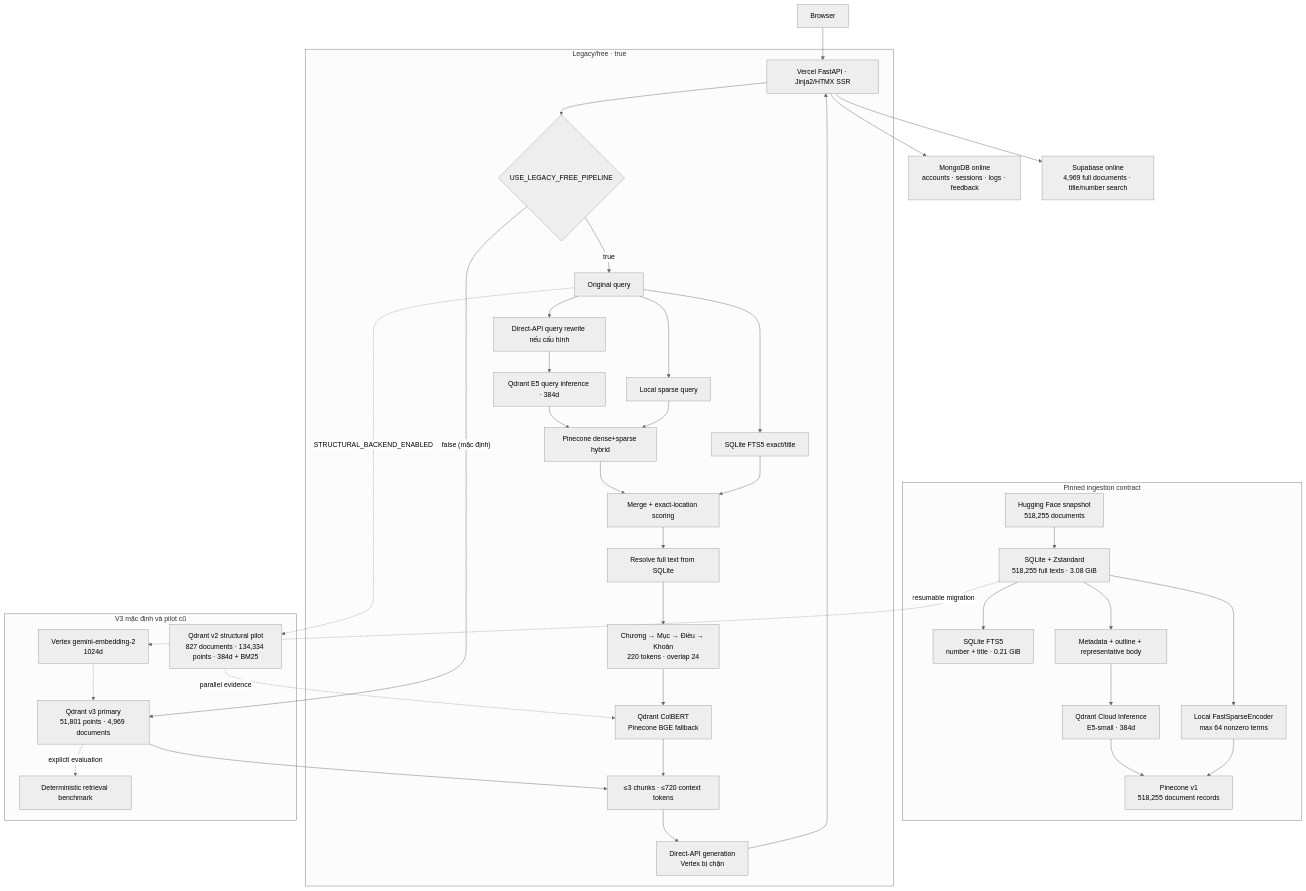
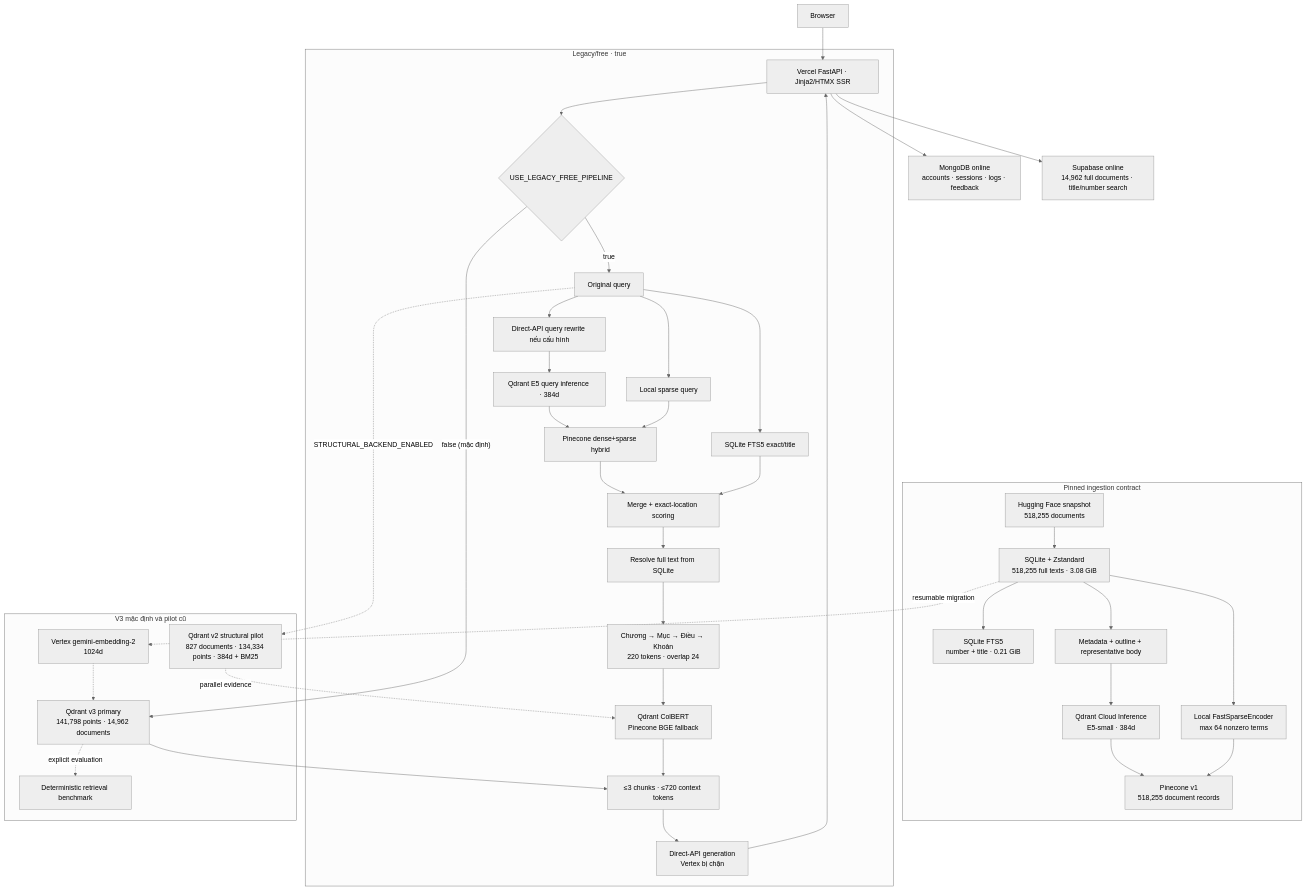
The diagram in README.md (TanNguyen234/VietLex-Tech-Spec), drawn with Mermaid (neutral theme) before and after one commit. The commit also changed other lines of this file and 40 other files, not shown here.

````diff
--- a/README.md
+++ b/README.md
@@ -61,45 +61,45 @@
 ```mermaid
 flowchart TB
     User["Browser"] --> Web["Vercel FastAPI · Jinja2/HTMX SSR"]
     Web --> Mongo["MongoDB online<br/>accounts · sessions · logs · feedback"]
-    Web --> Supabase["Supabase online<br/>4,969 full documents · title/number search"]
+    Web --> Supabase["Supabase online<br/>14,962 full documents · title/number search"]
 
     subgraph Ingest["Pinned ingestion contract"]
         Corpus["Hugging Face snapshot<br/>518,255 documents"] --> Store["SQLite + Zstandard<br/>518,255 full texts · 3.08 GiB"]
         Store --> FTSBuild["SQLite FTS5<br/>number + title · 0.21 GiB"]
         Store --> DocRepresentation["Metadata + outline + representative body"]
         DocRepresentation --> E5Ingest["Qdrant Cloud Inference<br/>E5-small · 384d"]
         Store --> SparseIngest["Local FastSparseEncoder<br/>max 64 nonzero terms"]
         E5Ingest --> PCV1["Pinecone v1<br/>518,255 document records"]
         SparseIngest --> PCV1
     end
 
     Web --> Selector{"USE_LEGACY_FREE_PIPELINE"}
     subgraph Runtime["Legacy/free · true"]
         Selector -- "true" --> Query["Original query"]
         Query --> Rewrite["Direct-API query rewrite nếu cấu hình"]
         Rewrite --> DenseQ["Qdrant E5 query inference · 384d"]
         Query --> SparseQ["Local sparse query"]
         Query --> FTS["SQLite FTS5 exact/title"]
         DenseQ --> Hybrid["Pinecone dense+sparse hybrid"]
         SparseQ --> Hybrid
         Hybrid --> Merge["Merge + exact-location scoring"]
         FTS --> Merge
         Merge --> Resolve["Resolve full text from SQLite"]
         Resolve --> Chunk["Chương → Mục → Điều → Khoản<br/>220 tokens · overlap 24"]
         Chunk --> Rerank["Qdrant ColBERT<br/>Pinecone BGE fallback"]
         Rerank --> Evidence["≤3 chunks · ≤720 context tokens"]
         Evidence --> Generate["Direct-API generation<br/>Vertex bị chặn"]
         Generate --> Web
     end
 
     subgraph Optional["V3 mặc định và pilot cũ"]
         Query -. "STRUCTURAL_BACKEND_ENABLED" .-> QV2["Qdrant v2 structural pilot<br/>827 documents · 134,334 points · 384d + BM25"]
         QV2 -. "parallel evidence" .-> Rerank
         Store -. "resumable migration" .-> Embed2["Vertex gemini-embedding-2<br/>1024d"]
-        Embed2 -.-> QV3["Qdrant v3 primary<br/>51,801 points · 4,969 documents"]
+        Embed2 -.-> QV3["Qdrant v3 primary<br/>141,798 points · 14,962 documents"]
         Selector -- "false (mặc định)" --> QV3
         QV3 --> Evidence
         QV3 -. "explicit evaluation" .-> Audit["Deterministic retrieval benchmark"]
     end
 ```
````
